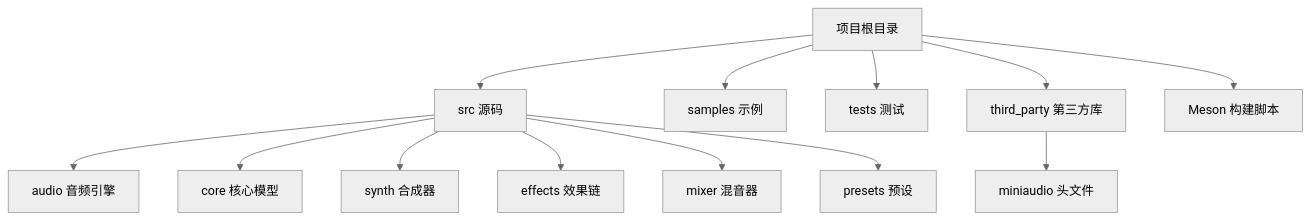
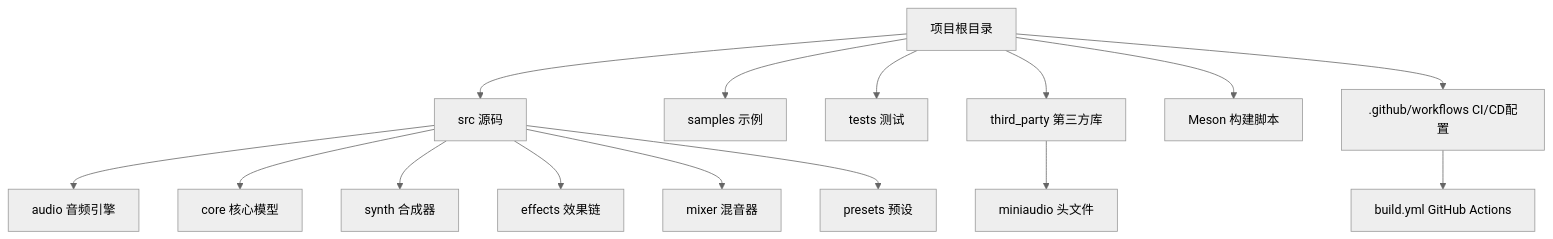
Before and after one commit to bangbangde/racing-sound-engine: the first of 5 diagrams in .qoder/repowiki/zh/content/构建和部署配置.md, drawn with Mermaid (neutral theme). The commit also changed other lines of this file and 88 other files, not shown here.

First line of the commit message:
ci(build): 新增GitHub Actions多平台自动化构建与发布配置

````diff
--- a/.qoder/repowiki/zh/content/构建和部署配置.md
+++ b/.qoder/repowiki/zh/content/构建和部署配置.md
@@ -32,15 +43,17 @@
 ```mermaid
 graph TB
 A["项目根目录"] --> B["src 源码"]
 A --> C["samples 示例"]
 A --> D["tests 测试"]
 A --> E["third_party 第三方库"]
 A --> F["Meson 构建脚本"]
+A --> G[".github/workflows CI/CD配置"]
 B --> B1["audio 音频引擎"]
 B --> B2["core 核心模型"]
 B --> B3["synth 合成器"]
 B --> B4["effects 效果链"]
 B --> B5["mixer 混音器"]
 B --> B6["presets 预设"]
 E --> E1["miniaudio 头文件"]
+G --> G1["build.yml GitHub Actions"]
 ```
````
